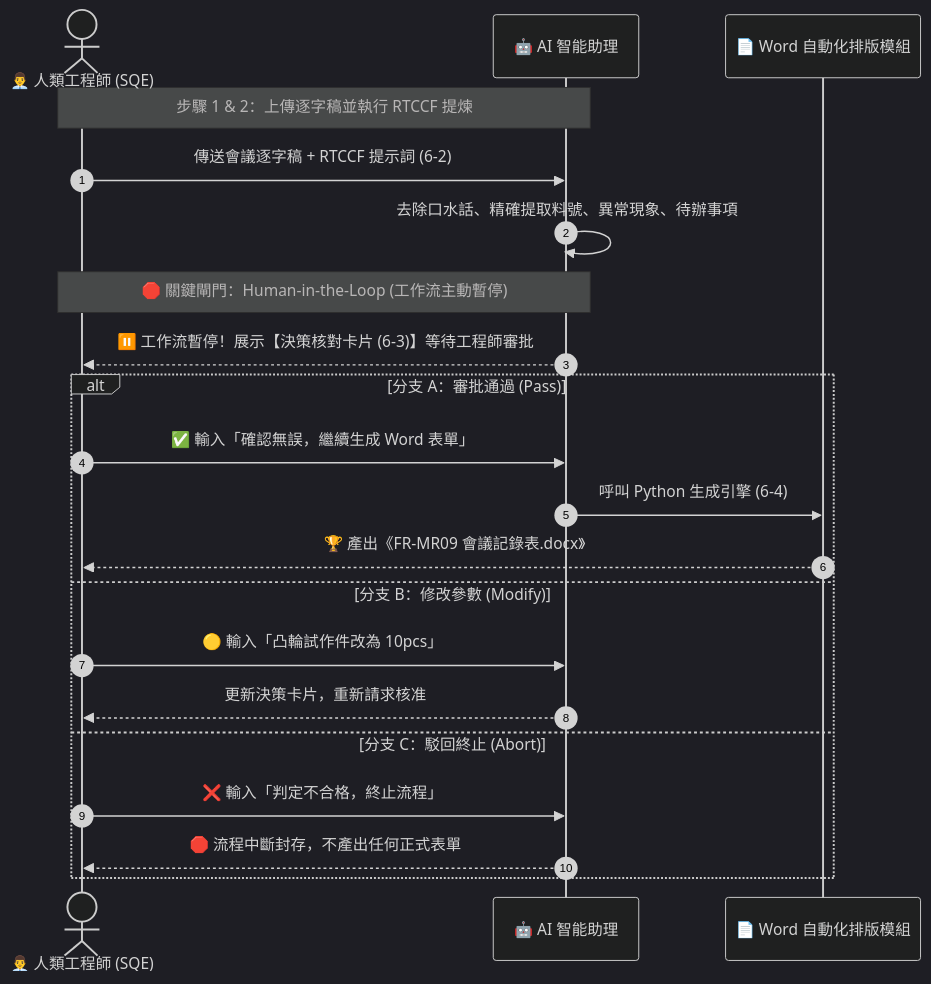
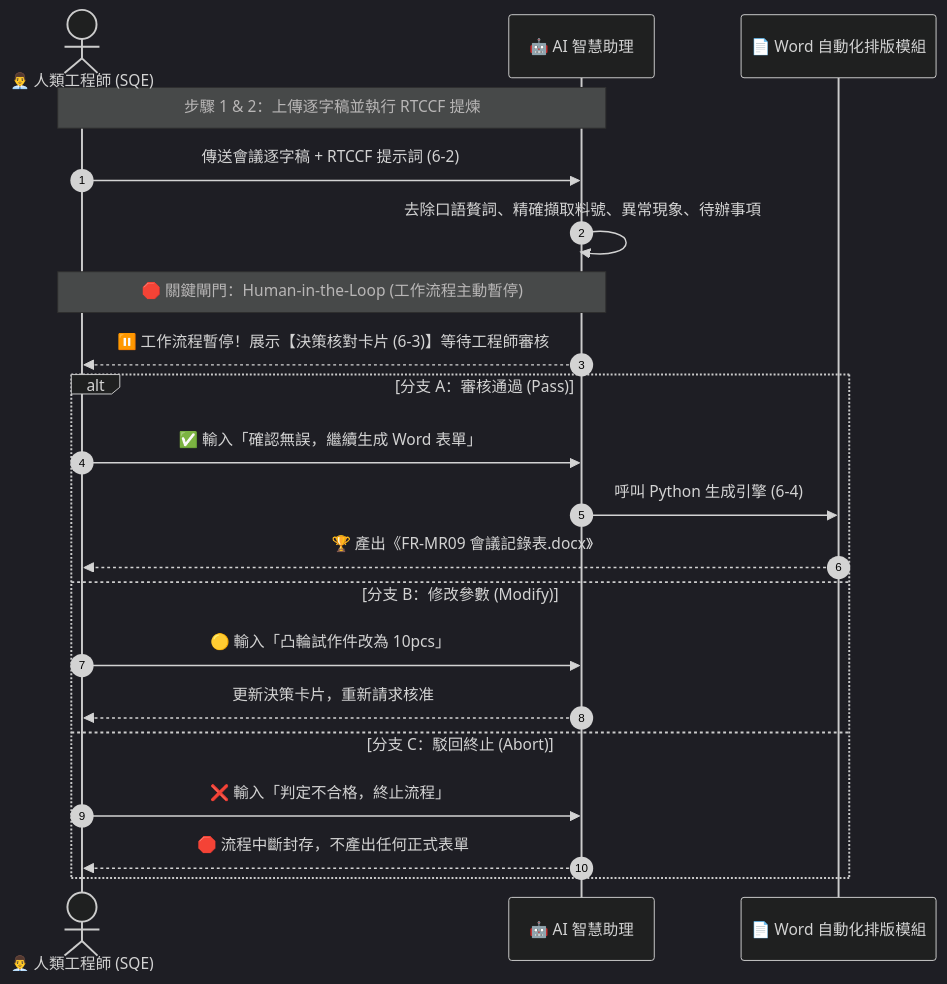
The second of 2 diagrams in 常見的AI應用/實戰範例/SQE品保會議與表單自動化/README.md (roberthsu2003/workflow-productivity), drawn with Mermaid (dark theme) before and after one commit. The commit also changed other lines of this file and 5 other files, not shown here.

````diff
--- a/常見的AI應用/實戰範例/SQE品保會議與表單自動化/README.md
+++ b/常見的AI應用/實戰範例/SQE品保會議與表單自動化/README.md
@@ -122,26 +122,26 @@
 ```mermaid
 sequenceDiagram
     autonumber
     actor SQE as 👨‍💼 人類工程師 (SQE)
-    participant AI as 🤖 AI 智能助理
+    participant AI as 🤖 AI 智慧助理
     participant Docx as 📄 Word 自動化排版模組
 
     Note over SQE, AI: 步驟 1 & 2：上傳逐字稿並執行 RTCCF 提煉
     SQE->>AI: 傳送會議逐字稿 + RTCCF 提示詞 (6-2)
-    AI->>AI: 去除口水話、精確提取料號、異常現象、待辦事項
+    AI->>AI: 去除口語贅詞、精確擷取料號、異常現象、待辦事項
 
-    Note over AI, SQE: 🛑 關鍵閘門：Human-in-the-Loop (工作流主動暫停)
-    AI-->>SQE: ⏸️ 工作流暫停！展示【決策核對卡片 (6-3)】等待工程師審批
+    Note over AI, SQE: 🛑 關鍵閘門：Human-in-the-Loop (工作流程主動暫停)
+    AI-->>SQE: ⏸️ 工作流程暫停！展示【決策核對卡片 (6-3)】等待工程師審核
 
-    alt 分支 A：審批通過 (Pass)
+    alt 分支 A：審核通過 (Pass)
         SQE->>AI: ✅ 輸入「確認無誤，繼續生成 Word 表單」
         AI->>Docx: 呼叫 Python 生成引擎 (6-4)
         Docx-->>SQE: 🏆 產出《FR-MR09 會議記錄表.docx》
     else 分支 B：修改參數 (Modify)
         SQE->>AI: 🟡 輸入「凸輪試作件改為 10pcs」
         AI-->>SQE: 更新決策卡片，重新請求核准
     else 分支 C：駁回終止 (Abort)
         SQE->>AI: ❌ 輸入「判定不合格，終止流程」
         AI-->>SQE: 🛑 流程中斷封存，不產出任何正式表單
     end
 ```
````
